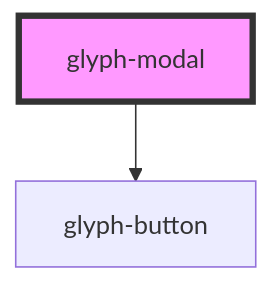
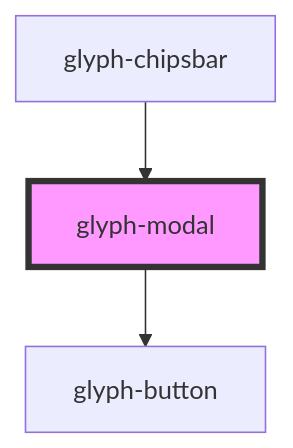
Before and after one commit to adrianiy/synth-ui: the diagram in packages/glyph-components/src/components/modal/readme.md, drawn with Mermaid. The commit also changed other lines of this file and 34 other files, not shown here.

````diff
--- a/packages/glyph-components/src/components/modal/readme.md
+++ b/packages/glyph-components/src/components/modal/readme.md
@@ -36,5 +40,6 @@
 ```mermaid
 graph TD;
   glyph-modal --> glyph-button
+  glyph-chipsbar --> glyph-modal
   style glyph-modal fill:#f9f,stroke:#333,stroke-width:4px
 ```
````
